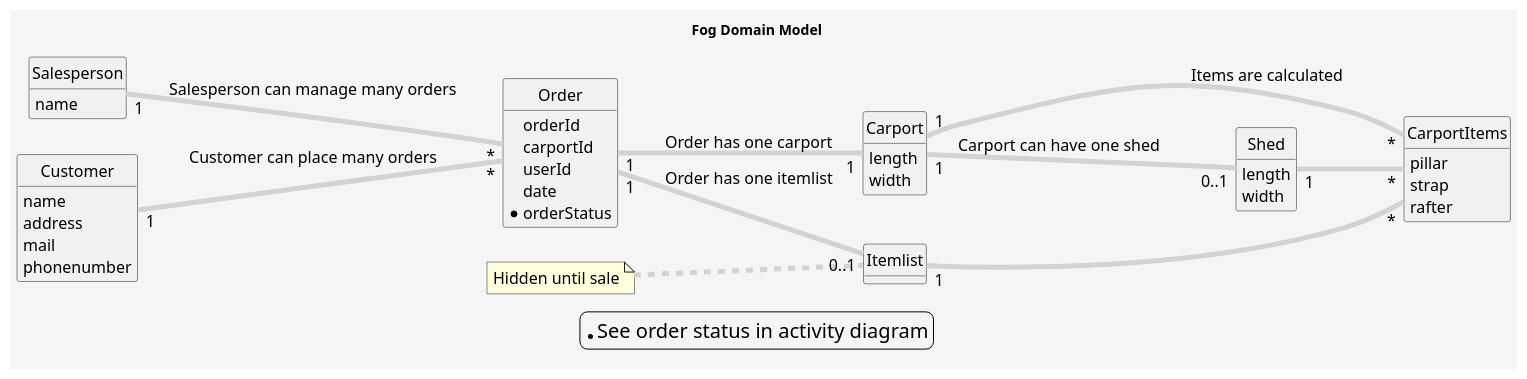
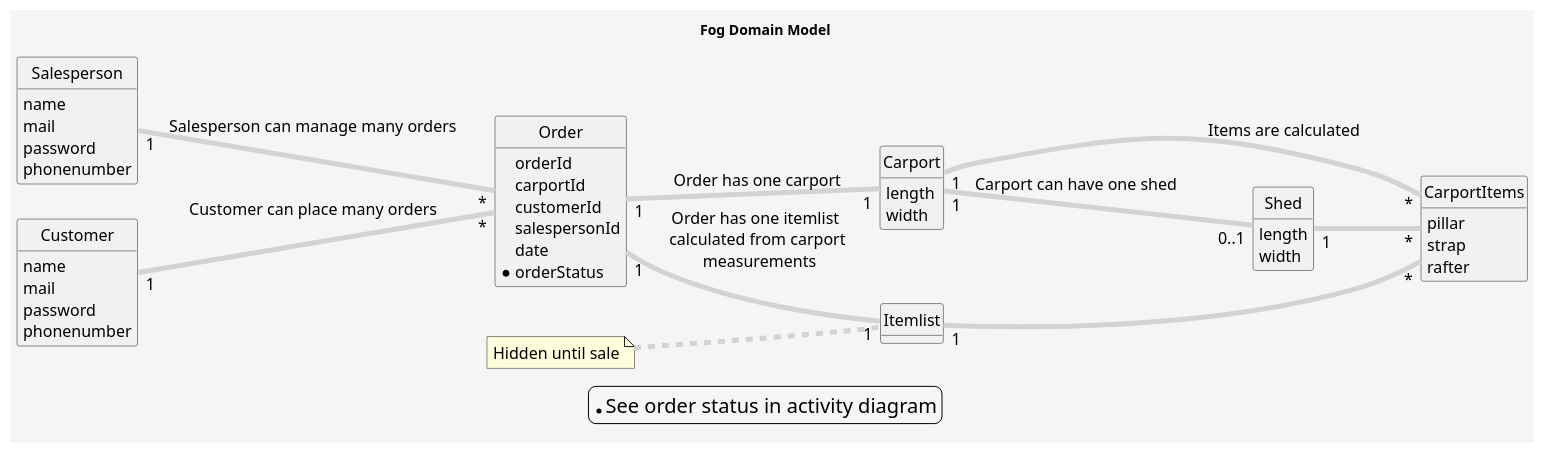
The diagram in doc/Analyse/DomæneModel.puml (Laumh-exe/2SemEksamenOpgave), drawn with PlantUML before and after one commit.

Commit message:
Flere rettelser i domænemodellen

```diff
--- a/doc/Analyse/DomæneModel.puml
+++ b/doc/Analyse/DomæneModel.puml
@@ -1,91 +1,95 @@
 @startuml
 'https://plantuml.com/class-diagram
 
 
 
 left to right direction
 skinparam BackgroundColor #f5f5f5
 skinparam style strictuml
 skinparam DefaultFontSize 16
 skinparam DefaultFontStyle bold
 skinparam ArrowColor #lightgrey
 skinparam ArrowThickness 5
 hide methods
 hide circle
 hide empty
 
 <style>
 legend {
     BackgroundColor #f5f5f5
     FontColor black
     FontSize 20
 }
 
 .p {
     FontColor black
 }
 </style>
 
 
 Title Fog Domain Model
 
 
 class Salesperson {
     name
+    mail
+    password
+    phonenumber
 }
 
 
 legend *See order status in activity diagram
 
 
 class Customer{
     name
-    address
     mail
+    password
     phonenumber
 }
 
 class Order {
     orderId
     carportId
-    userId
+    customerId
+    salespersonId
     date
     *orderStatus
 }
 
 class Carport {
     length
     width
 }
 
 class CarportItems {
     pillar
     strap
     rafter
 }
 
 class Shed {
     length
     width
 }
 
 
 class Itemlist {
 
 }
 
 
 note left: Hidden until sale
 
 
 Customer "1"--"*" Order : Customer can place many orders
 Order "1"--"1" Carport : Order has one carport
 Carport "1"--"0..1" Shed : Carport can have one shed
 Itemlist "1"--"*" CarportItems
 Salesperson "1"--"*"  Order: Salesperson can manage many orders
-Order "1"--"0..1" Itemlist : Order has one itemlist
+Order "1"--"1" Itemlist : Order has one itemlist \n calculated from carport \n measurements
 Carport "1"--"*" CarportItems : Items are calculated
 Shed "1"--"*" CarportItems
 
 
 @enduml
```
